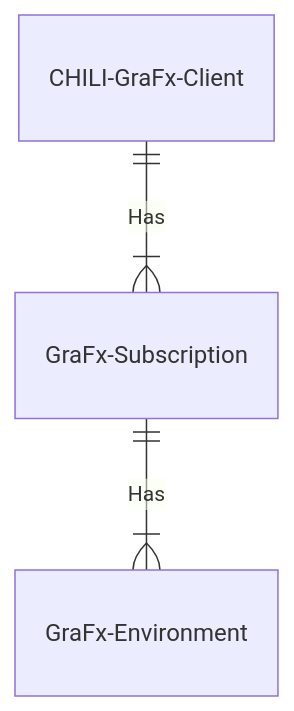
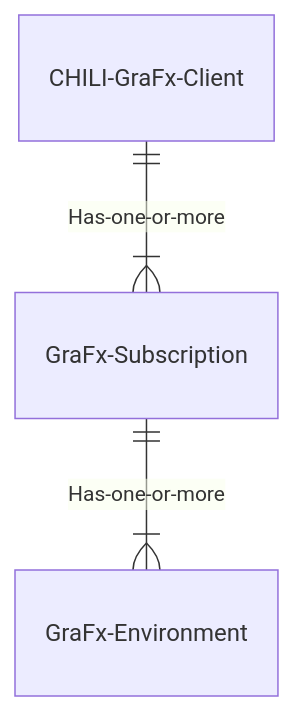
Before and after one commit to chili-publish/grafx-documentation: the diagram in docs/CHILI-GraFx/users/scope/index.md, drawn with Mermaid. The commit also changed other lines of this file and 2 other files, not shown here.

````diff
--- a/docs/CHILI-GraFx/users/scope/index.md
+++ b/docs/CHILI-GraFx/users/scope/index.md
@@ -9,5 +13,5 @@
 ``` mermaid
 erDiagram
-  CHILI-GraFx-Client ||--|{ GraFx-Subscription : Has
-  GraFx-Subscription ||--|{ GraFx-Environment : Has
+  CHILI-GraFx-Client ||--|{ GraFx-Subscription : Has-one-or-more
+  GraFx-Subscription ||--|{ GraFx-Environment : Has-one-or-more
 ```
````
